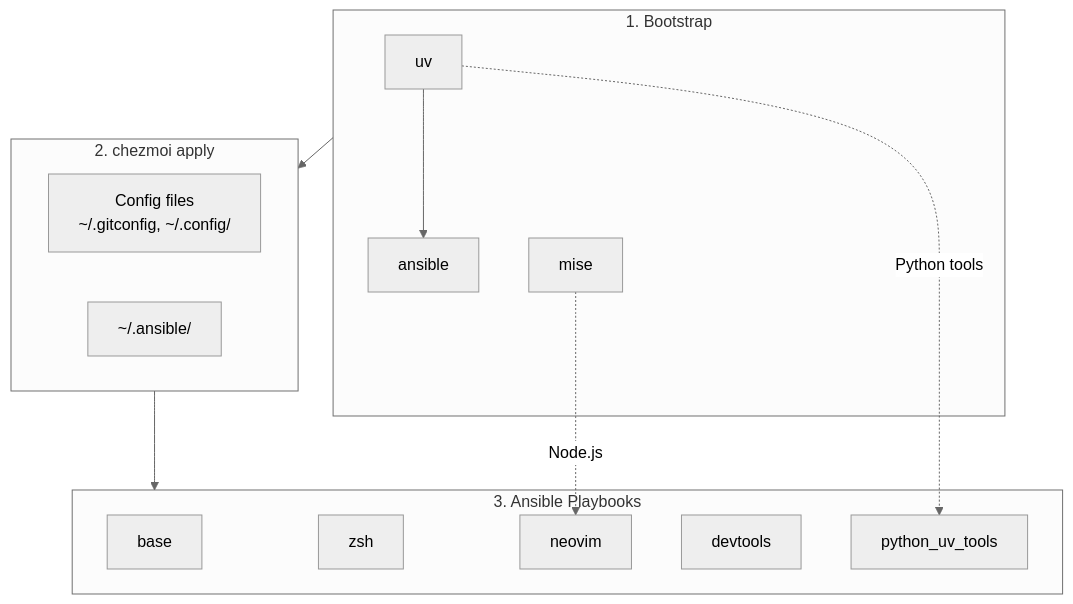
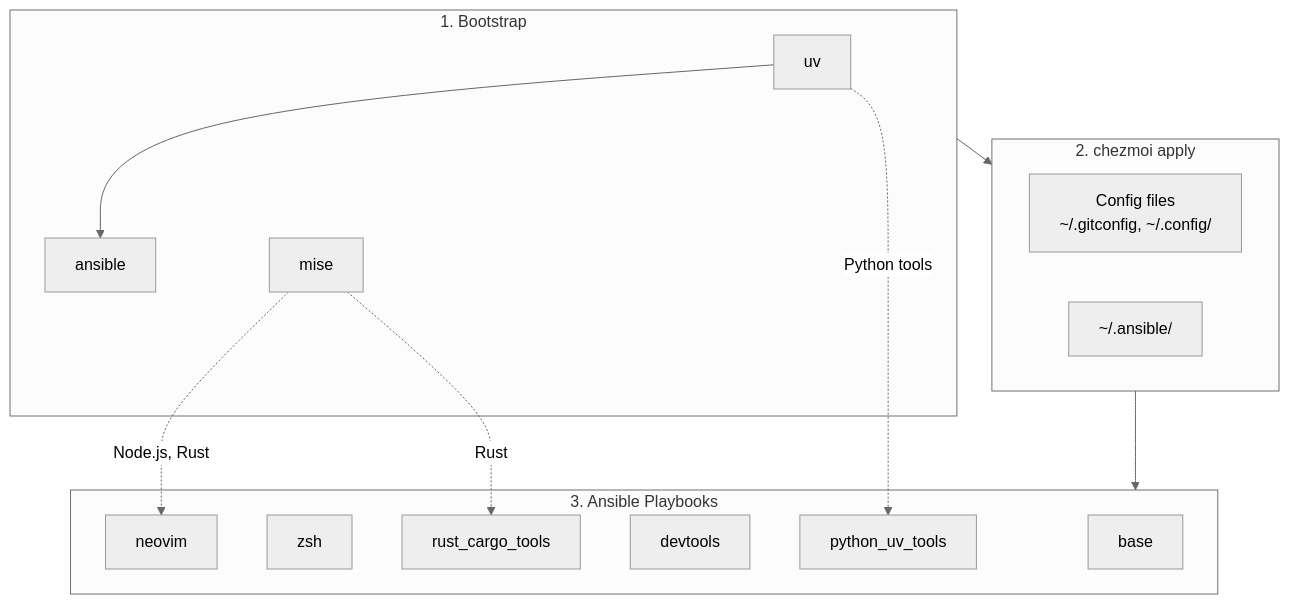
Before and after one commit to keithksleeitri/dotfiles: the diagram in README.md, drawn with Mermaid (neutral theme). The commit also changed other lines of this file and 11 other files, not shown here.

Commit message:
Add cargo tools (and manage by Mise) and fix Gemini CLI for macOS

````diff
--- a/README.md
+++ b/README.md
@@ -15,24 +15,26 @@
 ```mermaid
 flowchart TB
     subgraph Bootstrap["1. Bootstrap"]
         UV[uv] --> ANS[ansible]
         MISE[mise]
     end
 
     subgraph Chezmoi["2. chezmoi apply"]
         DOT[Config files<br/>~/.gitconfig, ~/.config/]
         ANSDIR[~/.ansible/]
     end
 
     subgraph Ansible["3. Ansible Playbooks"]
         BASE[base]
         ZSH[zsh]
         NVIM[neovim]
         DEVTOOLS[devtools]
         UVTOOLS[python_uv_tools]
+        CARGO[rust_cargo_tools]
     end
 
     Bootstrap --> Chezmoi --> Ansible
-    MISE -.->|Node.js| NVIM
+    MISE -.->|Node.js, Rust| NVIM
+    MISE -.->|Rust| CARGO
     UV -.->|Python tools| UVTOOLS
 ```
````
